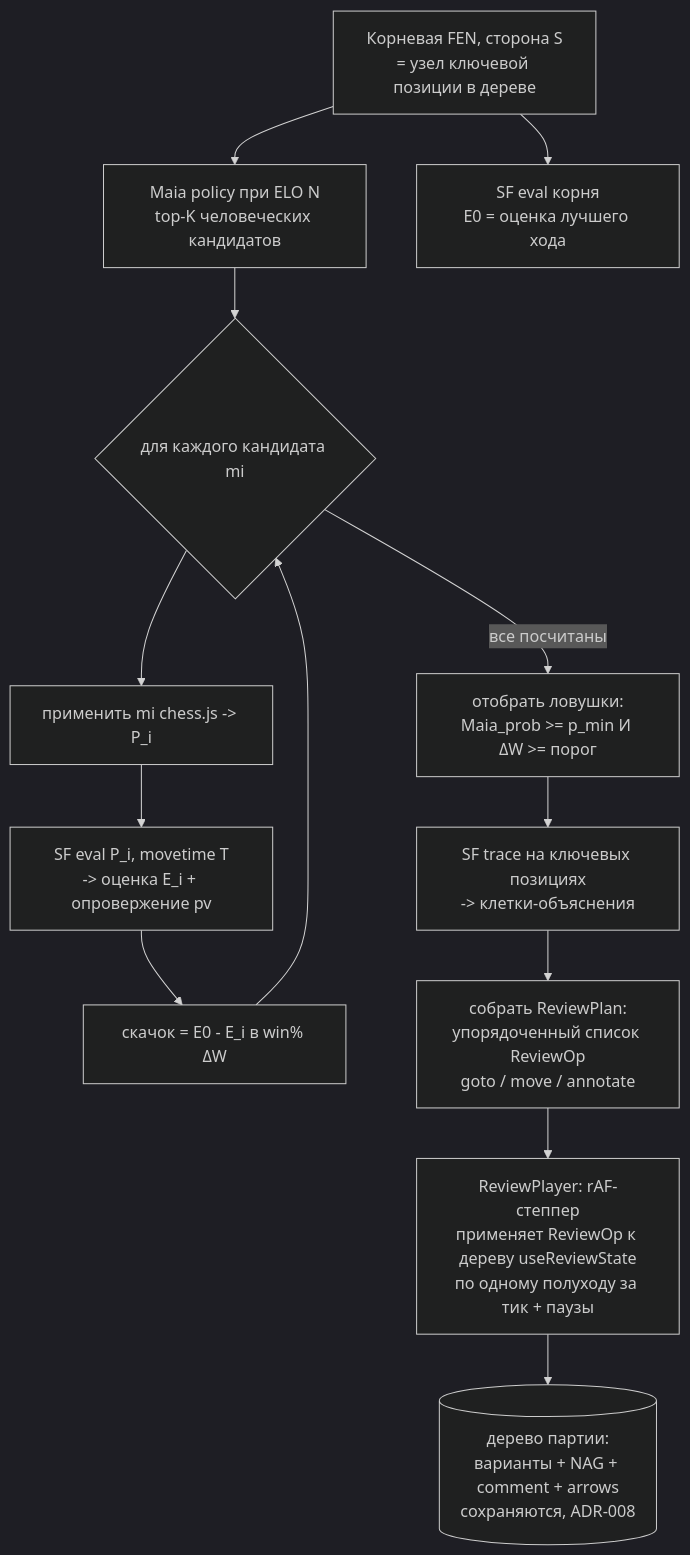
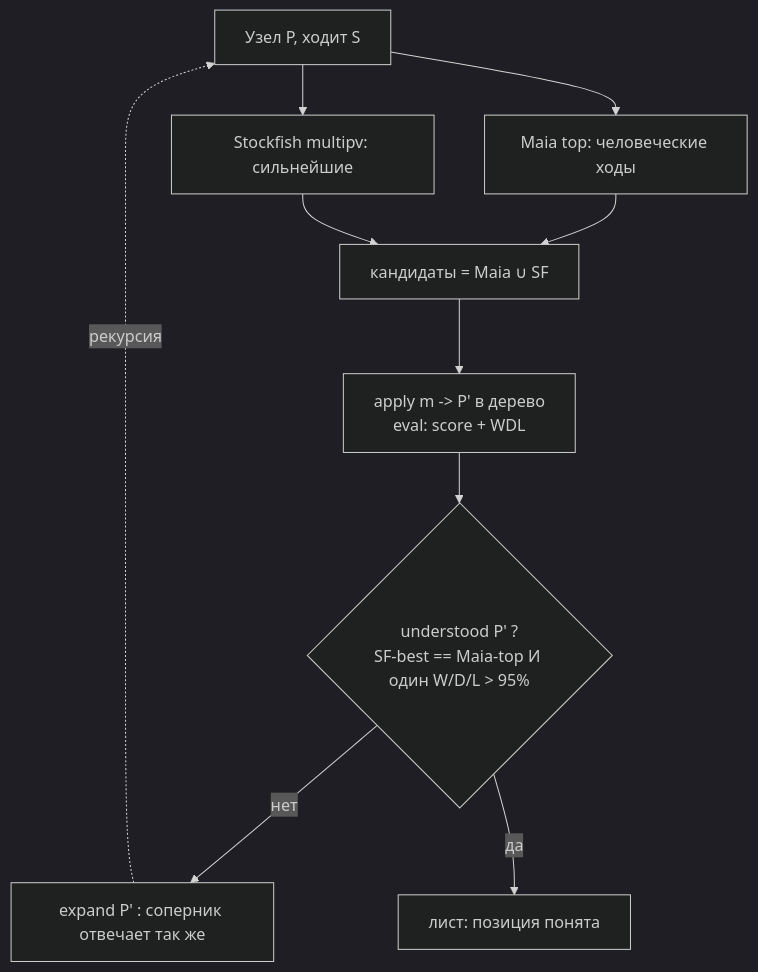
One commit to StasPiv/kingside changed the diagram in docs/adr/165-algorithmic-visual-position-review.md. Above: the diagram before and after it, drawn with Mermaid (dark theme). The commit also changed other lines of this file and 1 other file, not shown here.

Commit message:
docs(adr): ADR-165 rev3 — рекурсивная симуляция анализа Maia×SF до понятной позиции (WDL>95%) [KS-4942]

````diff
--- a/docs/adr/165-algorithmic-visual-position-review.md
+++ b/docs/adr/165-algorithmic-visual-position-review.md
@@ -32,15 +49,12 @@
 ```mermaid
 flowchart TD
-    P0[Корневая FEN, сторона S<br/>= узел ключевой позиции в дереве] --> MAIA[Maia policy при ELO N<br/>top-K человеческих кандидатов]
-    P0 --> ROOT[SF eval корня<br/>E0 = оценка лучшего хода]
-    MAIA --> LOOP{для каждого кандидата mi}
-    LOOP --> APP[применить mi chess.js -> P_i]
-    APP --> SFI[SF eval P_i, movetime T<br/>-> оценка E_i + опровержение pv]
-    SFI --> SWING[скачок = E0 - E_i в win% ΔW]
-    SWING --> LOOP
-    LOOP -->|все посчитаны| PICK[отобрать ловушки:<br/>Maia_prob >= p_min И ΔW >= порог]
-    PICK --> TRACE[SF trace на ключевых позициях<br/>-> клетки-объяснения]
-    TRACE --> OPS[собрать ReviewPlan:<br/>упорядоченный список ReviewOp<br/>goto / move / annotate]
-    OPS --> PLAY[ReviewPlayer: rAF-степпер<br/>применяет ReviewOp к дереву useReviewState<br/>по одному полуходу за тик + паузы]
-    PLAY --> TREE[(дерево партии:<br/>варианты + NAG + comment + arrows<br/>сохраняются, ADR-008)]
+    ROOT[Узел P, ходит S] --> MAIA[Maia top: человеческие ходы]
+    ROOT --> SF[Stockfish multipv: сильнейшие]
+    MAIA --> MIX[кандидаты = Maia ∪ SF]
+    SF --> MIX
+    MIX --> APPLY[apply m -> P' в дерево<br/>eval: score + WDL]
+    APPLY --> CHK{understood P' ?<br/>SF-best == Maia-top И один W/D/L > 95%}
+    CHK -->|нет| ROOT2[expand P' : соперник отвечает так же]
+    CHK -->|да| LEAF[лист: позиция понята]
+    ROOT2 -.рекурсия.-> ROOT
 ```
````
